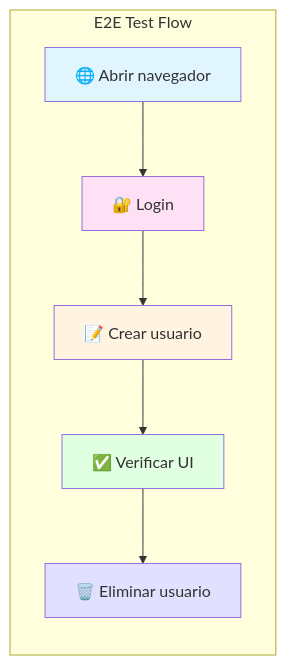
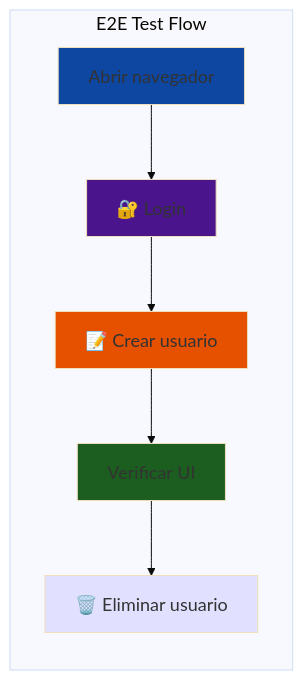
Before and after one commit to Ai-Whisperers/Courses-Content: the fifth of 10 diagrams in courses/🟡-development/FPUNA-2026/01-DESARROLLO-SOFTWARE/03-pruebas-tdd.md, drawn with Mermaid. The commit also changed other lines of this file and 47 other files, not shown here.

First line of the commit message:
fix: Make all 473 diagrams WCAG AAA accessible (FPUNA-2026)

````diff
--- a/courses/🟡-development/FPUNA-2026/01-DESARROLLO-SOFTWARE/03-pruebas-tdd.md
+++ b/courses/🟡-development/FPUNA-2026/01-DESARROLLO-SOFTWARE/03-pruebas-tdd.md
@@ -348,21 +353,22 @@
 ```mermaid
+%%{init: {'theme':'base', 'themeVariables': {'fontSize':'18px'}}}%%
 graph LR
     subgraph "E2E Test Flow"
-        A[🌐 Abrir navegador]
+        A[Abrir navegador]
         B[🔐 Login]
         C[📝 Crear usuario]
-        D[✅ Verificar UI]
+        D[Verificar UI]
         E[🗑️ Eliminar usuario]
         
         A --> B
         B --> C
         C --> D
         D --> E
     end
     
-    style A fill:#E1F5FF
-    style B fill:#FFE1F5
-    style C fill:#FFF4E1
-    style D fill:#E1FFE1
+    style A fill:#0d47a1
+    style B fill:#4a148c
+    style C fill:#e65100
+    style D fill:#1b5e20
     style E fill:#E1E1FF
 ```
````
